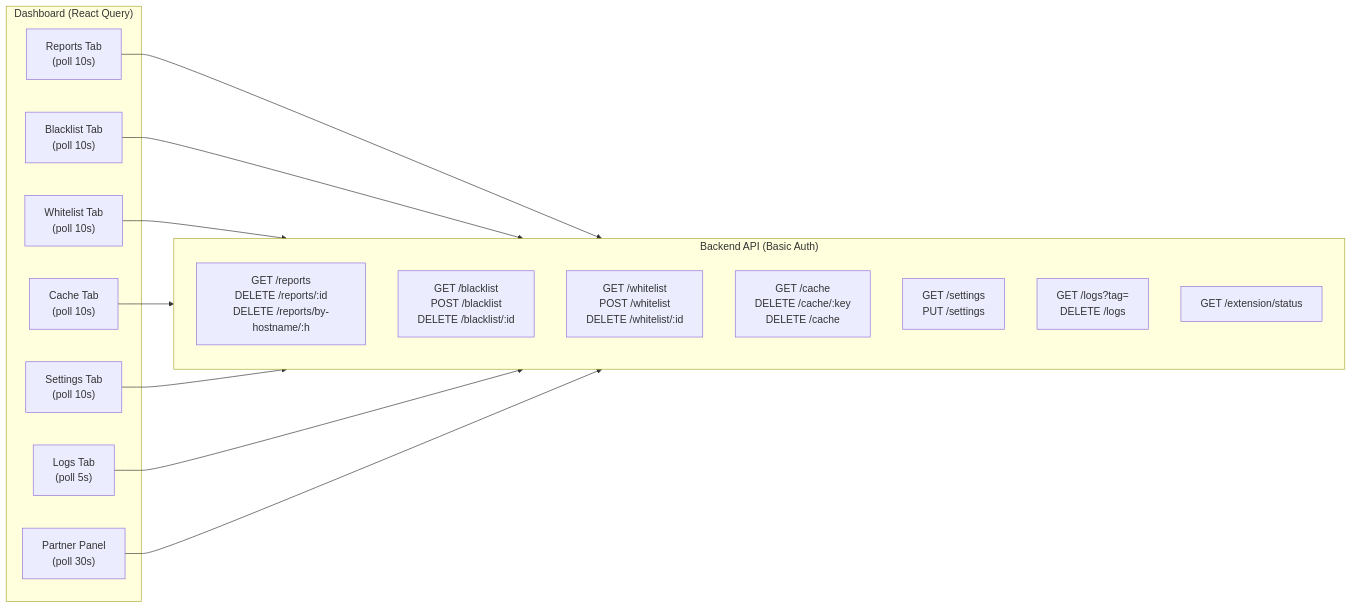
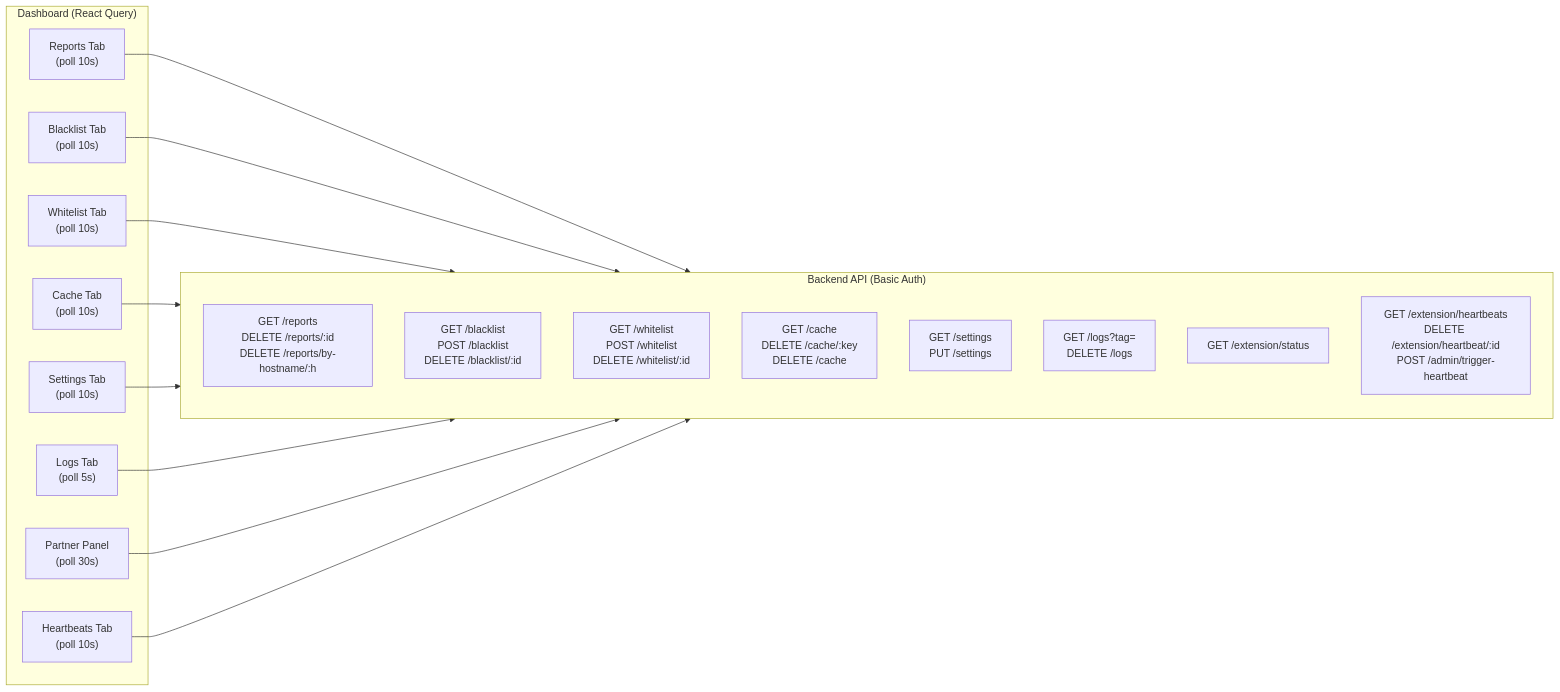
Before and after one commit to rizkyfauziilmi/gambling-blocker: the sixth of 6 diagrams in docs/architecture.md, drawn with Mermaid. The commit also changed 11 other files, not shown here.

Commit message:
feat: add Heartbeats tab with monitoring, trigger, and search

````diff
--- a/docs/architecture.md
+++ b/docs/architecture.md
@@ -236,30 +236,33 @@
 ```mermaid
 flowchart LR
     subgraph DASH["Dashboard (React Query)"]
         R["Reports Tab<br/>(poll 10s)"]
         B["Blacklist Tab<br/>(poll 10s)"]
         W["Whitelist Tab<br/>(poll 10s)"]
         C["Cache Tab<br/>(poll 10s)"]
         S["Settings Tab<br/>(poll 10s)"]
         L["Logs Tab<br/>(poll 5s)"]
         P["Partner Panel<br/>(poll 30s)"]
+        H["Heartbeats Tab<br/>(poll 10s)"]
     end
     subgraph API["Backend API (Basic Auth)"]
         direction TB
         REP["GET /reports<br/>DELETE /reports/:id<br/>DELETE /reports/by-hostname/:h"]
         BL["GET /blacklist<br/>POST /blacklist<br/>DELETE /blacklist/:id"]
         WL["GET /whitelist<br/>POST /whitelist<br/>DELETE /whitelist/:id"]
         CACHE["GET /cache<br/>DELETE /cache/:key<br/>DELETE /cache"]
         SET["GET /settings<br/>PUT /settings"]
         LOG["GET /logs?tag=<br/>DELETE /logs"]
         STAT["GET /extension/status"]
+        HB["GET /extension/heartbeats<br/>DELETE /extension/heartbeat/:id<br/>POST /admin/trigger-heartbeat"]
     end
 
     R --> REP
     B --> BL
     W --> WL
     C --> CACHE
     S --> SET
     L --> LOG
     P --> STAT
+    H --> HB
 ```
````
